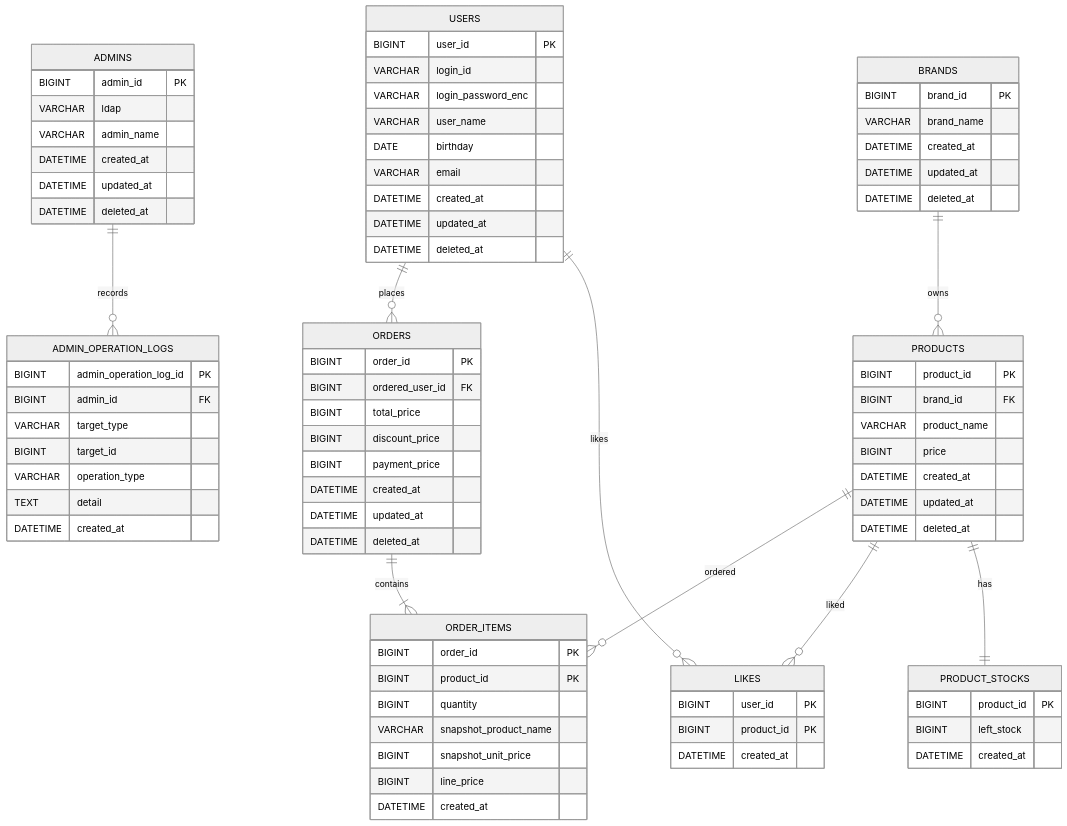
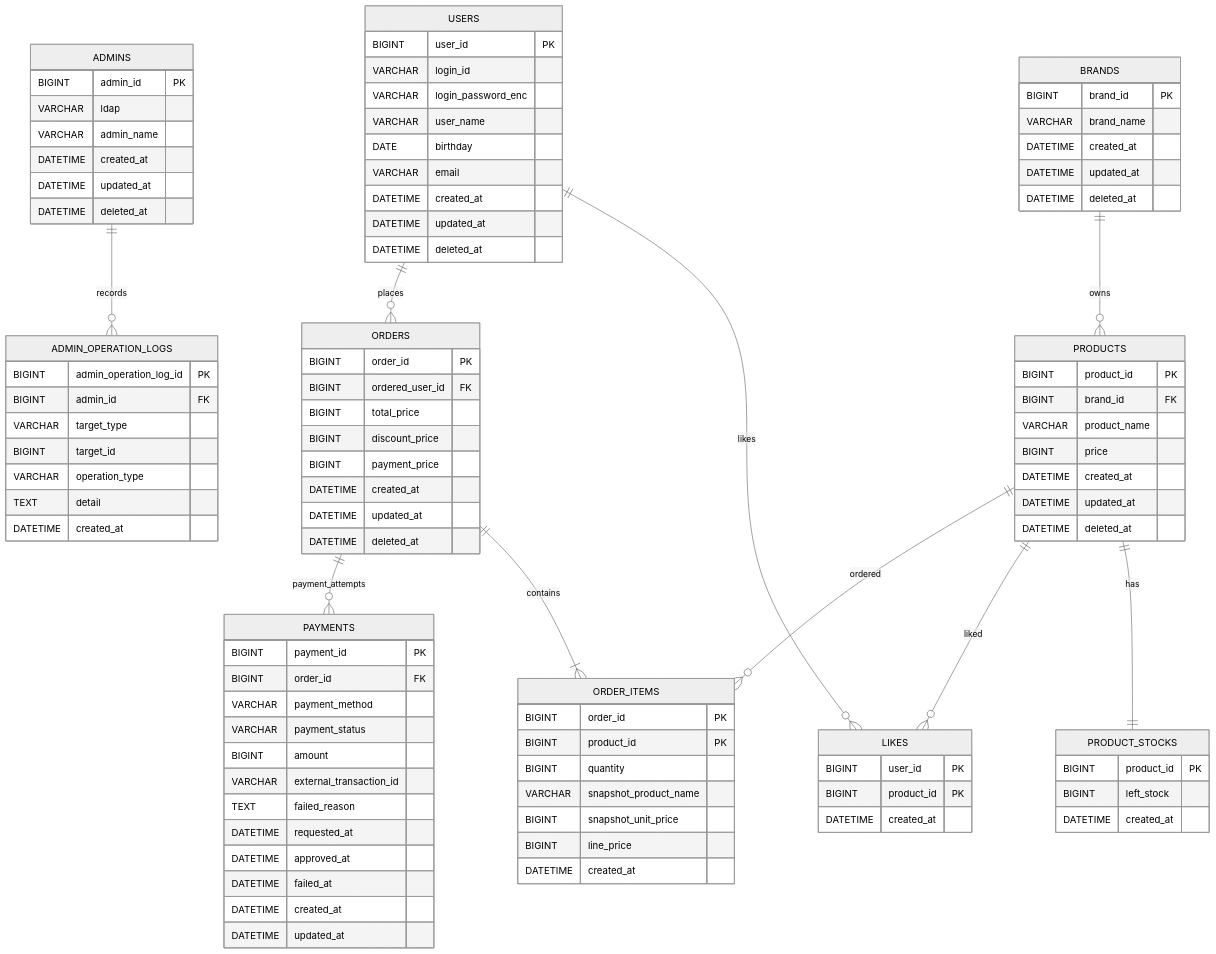
One commit to scv74502/be-theory-kotlin changed the diagram in docs/design/04-erd.md. Above: the diagram before and after it, drawn with Mermaid (neutral theme). The commit also changed other lines of this file and 3 other files, not shown here.

Commit message:
[docs] 요구사항 보완 및 시퀀스 다이어그램, 클래스 다이어그램, erd 추가

```diff
--- a/docs/design/04-erd.md
+++ b/docs/design/04-erd.md
@@ -35,6 +38,7 @@
     PRODUCTS ||--o{ ORDER_ITEMS : ordered
 
     ORDERS ||--|{ ORDER_ITEMS : contains
+    ORDERS ||--o{ PAYMENTS : payment_attempts
 
     USERS {
         BIGINT user_id PK
@@ -108,6 +112,21 @@
         DATETIME created_at
     }
 
+    PAYMENTS {
+        BIGINT payment_id PK
+        BIGINT order_id FK
+        VARCHAR payment_method
+        VARCHAR payment_status
+        BIGINT amount
+        VARCHAR external_transaction_id
+        TEXT failed_reason
+        DATETIME requested_at
+        DATETIME approved_at
+        DATETIME failed_at
+        DATETIME created_at
+        DATETIME updated_at
+    }
+
     ADMIN_OPERATION_LOGS {
         BIGINT admin_operation_log_id PK
         BIGINT admin_id FK
```
